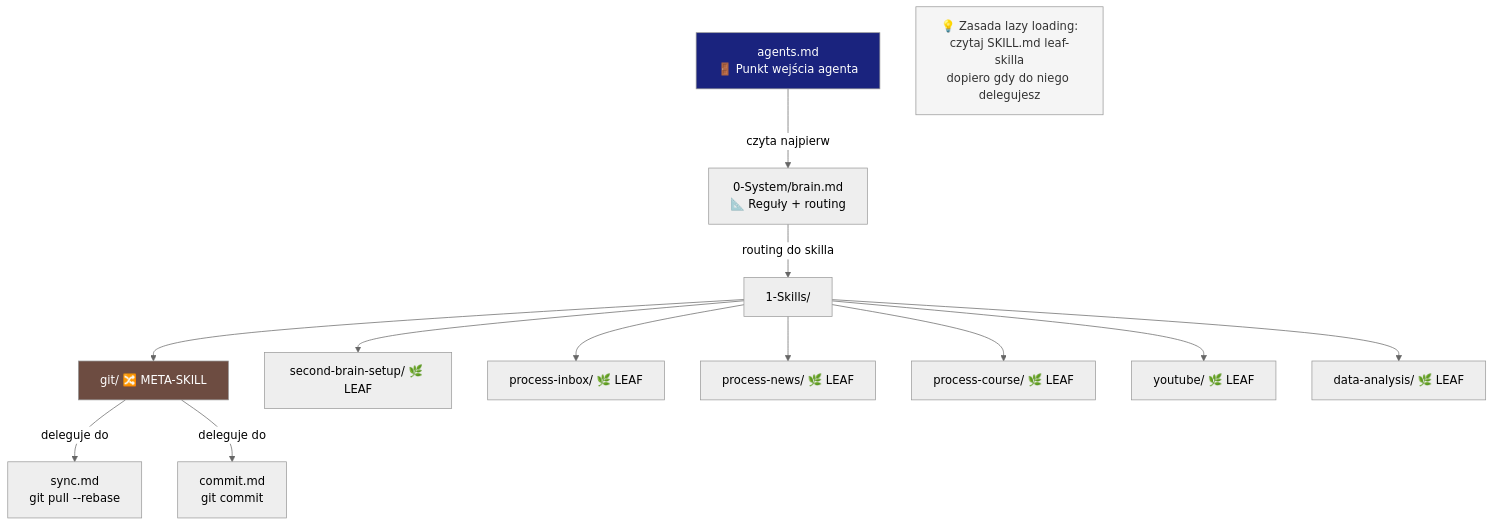
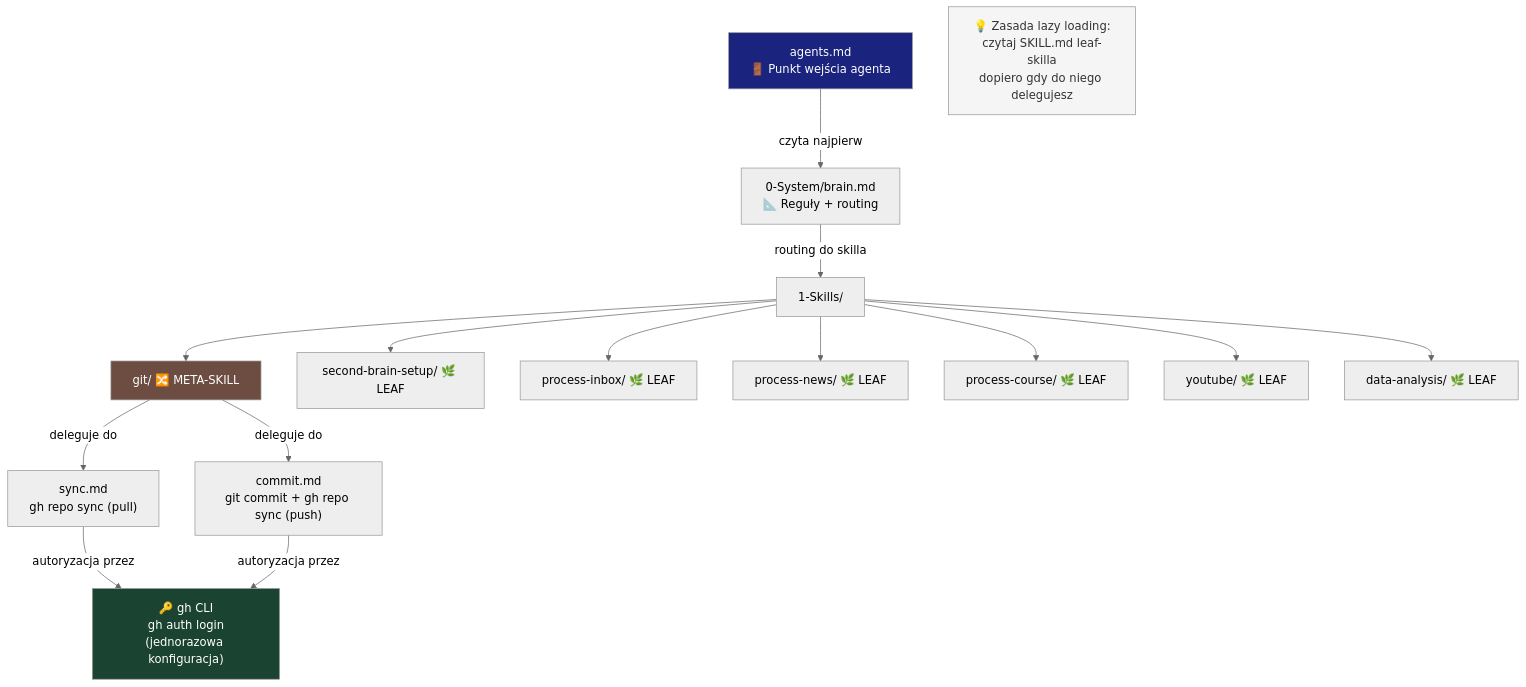
Before and after one commit to lukasikgrzegorz/2nd-brain: the third of 3 diagrams in 0-System/architecture-diagrams.md, drawn with Mermaid (neutral theme). The commit also changed other lines of this file and 3 other files, not shown here.

First line of the commit message:
system: switch git workflow to gh CLI

````diff
--- a/0-System/architecture-diagrams.md
+++ b/0-System/architecture-diagrams.md
@@ -75,23 +84,27 @@
 ```mermaid
 graph TD
     AgentsMD["agents.md\n🚪 Punkt wejścia agenta"]
     AgentsMD -->|"czyta najpierw"| BrainMD["0-System/brain.md\n📐 Reguły + routing"]
     BrainMD -->|"routing do skilla"| Skills["1-Skills/"]
 
     Skills --> Git["git/ 🔀 META-SKILL"]
     Skills --> Setup["second-brain-setup/ 🌿 LEAF"]
     Skills --> PInbox["process-inbox/ 🌿 LEAF"]
     Skills --> PNews["process-news/ 🌿 LEAF"]
     Skills --> PCourse["process-course/ 🌿 LEAF"]
     Skills --> YT["youtube/ 🌿 LEAF"]
     Skills --> DA["data-analysis/ 🌿 LEAF"]
 
-    Git -->|"deleguje do"| Sync["sync.md\ngit pull --rebase"]
-    Git -->|"deleguje do"| Commit["commit.md\ngit commit"]
+    Git -->|"deleguje do"| Sync["sync.md\ngh repo sync (pull)"]
+    Git -->|"deleguje do"| Commit["commit.md\ngit commit + gh repo sync (push)"]
+
+    GhCLI["🔑 gh CLI\ngh auth login\n(jednorazowa konfiguracja)"]
+    Sync & Commit -->|"autoryzacja przez"| GhCLI
 
     note1["💡 Zasada lazy loading:\nczytaj SKILL.md leaf-skilla\ndopiero gdy do niego delegujesz"]
 
     style Git fill:#6d4c41,color:#fff
     style AgentsMD fill:#1a237e,color:#fff
+    style GhCLI fill:#1b4332,color:#fff
     style note1 fill:#f5f5f5,color:#333
 ```
````
